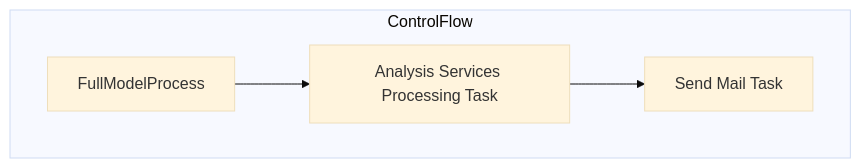
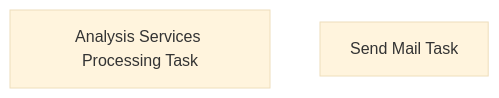
One commit to juanandresbrain/BABSkills changed the diagram in bab-docs-explorer/Documentation/STL-SSIS-P-01/SSIS/SSIS/PowerBIProcessing.FullModelProcess.md. Above: the diagram before and after it, drawn with Mermaid (base theme). The commit also changed other lines of this file and 273 other files, not shown here.

````diff
--- a/bab-docs-explorer/Documentation/STL-SSIS-P-01/SSIS/SSIS/PowerBIProcessing.FullModelProcess.md
+++ b/bab-docs-explorer/Documentation/STL-SSIS-P-01/SSIS/SSIS/PowerBIProcessing.FullModelProcess.md
@@ -9,10 +28,5 @@
 ```mermaid
 flowchart TD
-    subgraph ControlFlow
-        FullModelProcess_task["FullModelProcess"]
-        Analysis_Services_Processing_Task_task["Analysis Services Processing Task"]
-        FullModelProcess_task --> Analysis_Services_Processing_Task_task
-        Send_Mail_Task_task["Send Mail Task"]
-        Analysis_Services_Processing_Task_task --> Send_Mail_Task_task
-    end
+    n_Package_Analysis_Services_Processing_Task["Analysis Services Processing Task"]
+    n_Package_EventHandlers_OnError__Send_Mail_Task["Send Mail Task"]
 ```
````
